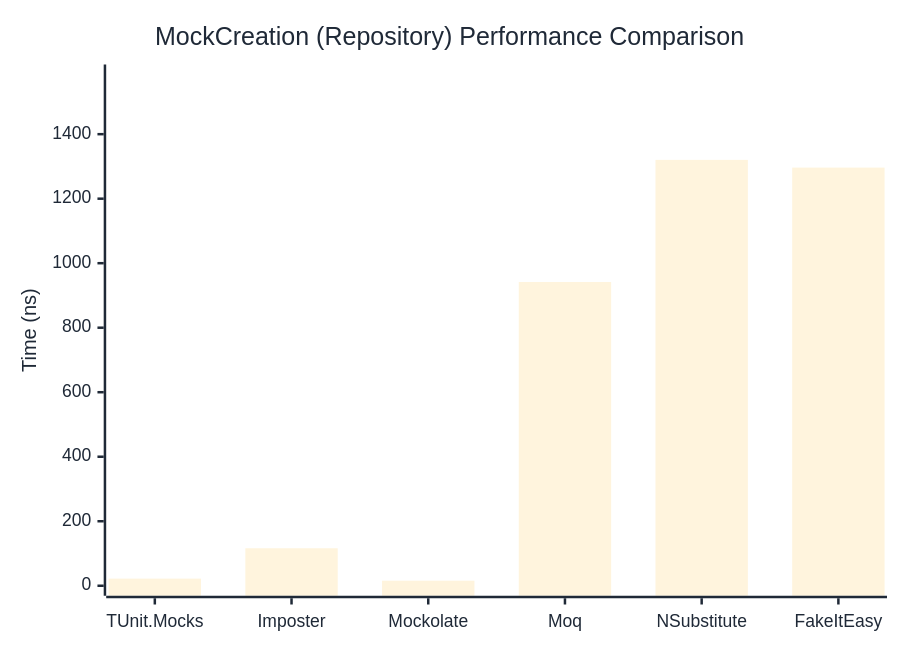
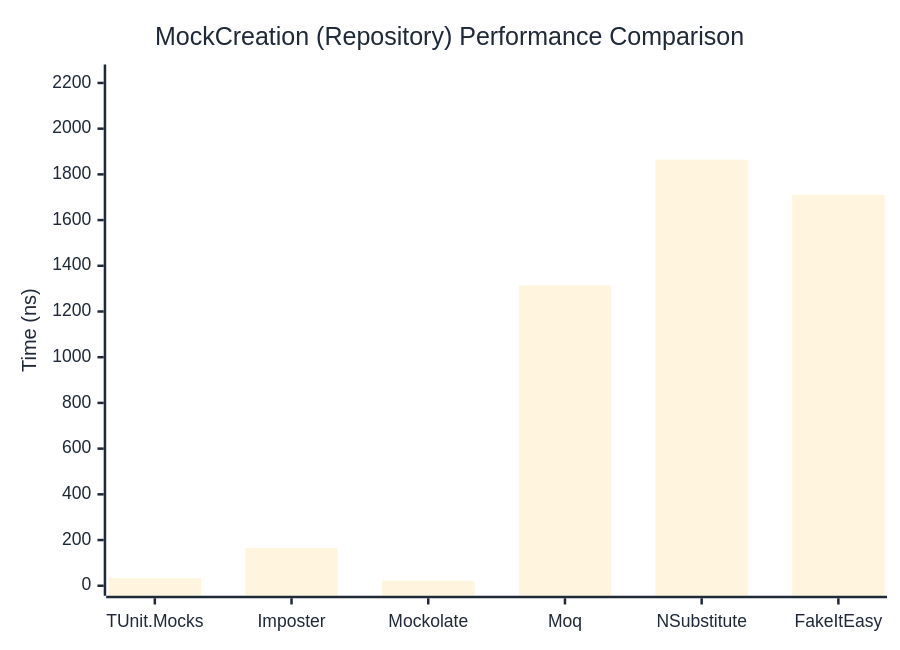
One commit to thomhurst/TUnit changed the second of 2 diagrams in docs/docs/benchmarks/mocks/MockCreation.md. Above: the diagram before and after it, drawn with Mermaid. The commit also changed other lines of this file and 14 other files, not shown here.

````diff
--- a/docs/docs/benchmarks/mocks/MockCreation.md
+++ b/docs/docs/benchmarks/mocks/MockCreation.md
@@ -71,27 +71,27 @@
 ```mermaid
 %%{init: {
   'theme':'base',
   'themeVariables': {
     'primaryColor': '#2563eb',
     'primaryTextColor': '#1f2937',
     'primaryBorderColor': '#1e40af',
     'lineColor': '#6b7280',
     'secondaryColor': '#7c3aed',
     'tertiaryColor': '#dc2626',
     'background': '#ffffff',
     'pie1': '#2563eb',
     'pie2': '#7c3aed',
     'pie3': '#dc2626',
     'pie4': '#f59e0b',
     'pie5': '#10b981',
     'pie6': '#06b6d4',
     'pie7': '#ec4899',
     'pie8': '#6366f1'
   }
 }}%%
 xychart-beta
   title "MockCreation (Repository) Performance Comparison"
   x-axis ["TUnit.Mocks", "Imposter", "Mockolate", "Moq", "NSubstitute", "FakeItEasy"]
-  y-axis "Time (ns)" 0 --> 1585
-  bar [22.11, 116.24, 15.61, 941.66, 1320.29, 1296.39]
+  y-axis "Time (ns)" 0 --> 2237
+  bar [33.35, 165.83, 22.17, 1314.12, 1864.02, 1710.7]
 ```
````
